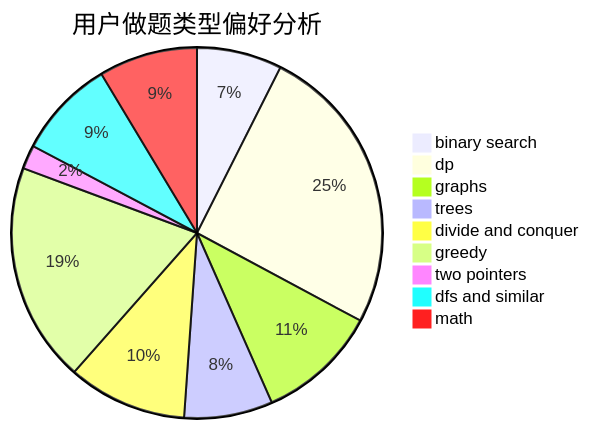
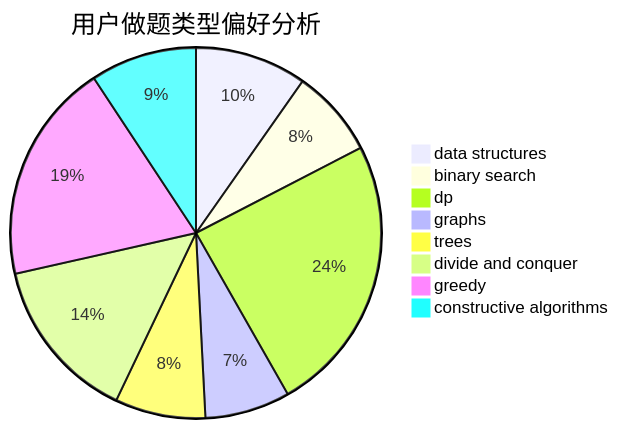
One commit to sherpahu/cfrs.github.io changed the second of 3 diagrams in docs/user/u483.md. Above: the diagram before and after it, drawn with Mermaid. The commit also changed other lines of this file and 2775 other files, not shown here.

````diff
--- a/docs/user/u483.md
+++ b/docs/user/u483.md
@@ -23,12 +23,11 @@
 ```mermaid
 pie title 用户做题类型偏好分析
-    "binary search" :  50
-    "dp" :  171
-    "graphs" :  71
-    "trees" :  52
-    "divide and conquer" :  70
-    "greedy" :  129
-    "two pointers" :  14
-    "dfs and similar" :  58
-    "math" :  58
+    "data structures" :  42
+    "binary search" :  33
+    "dp" :  105
+    "graphs" :  32
+    "trees" :  34
+    "divide and conquer" :  62
+    "greedy" :  83
+    "constructive algorithms" :  40
 ```
````
